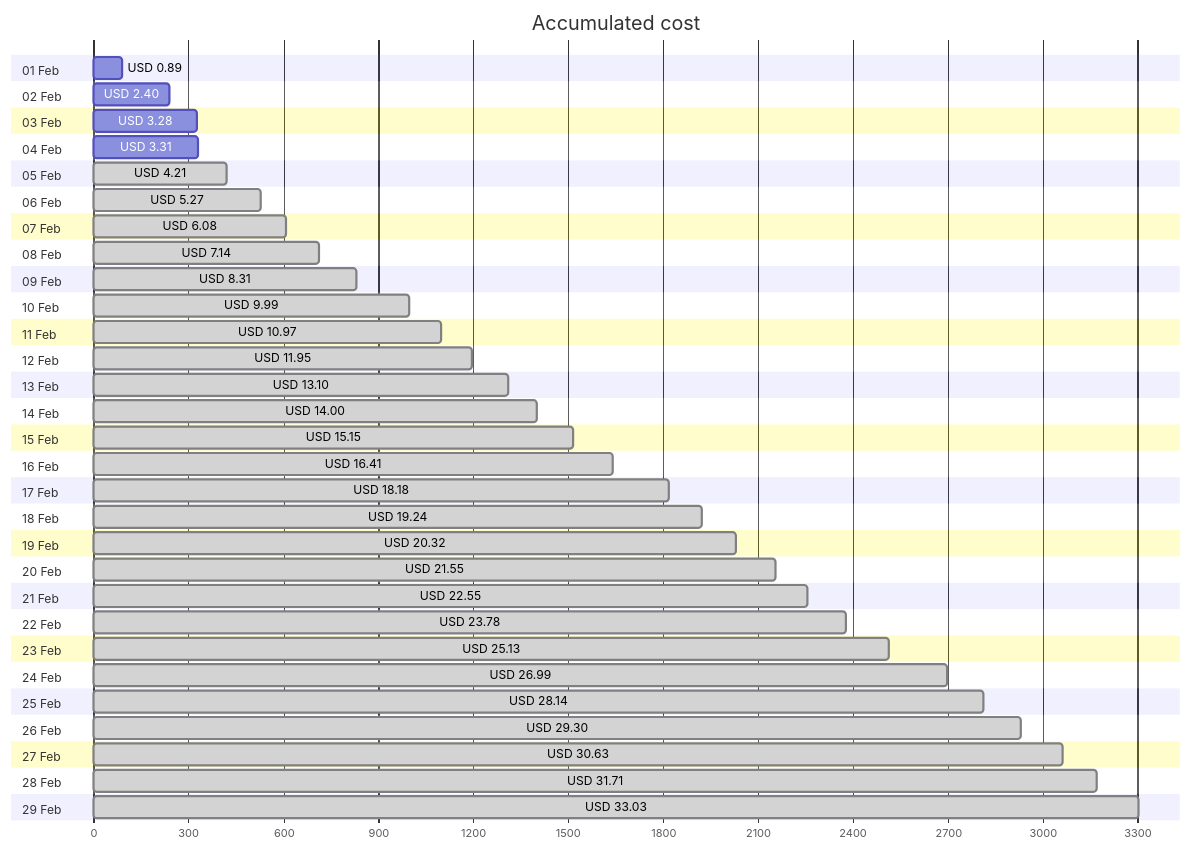
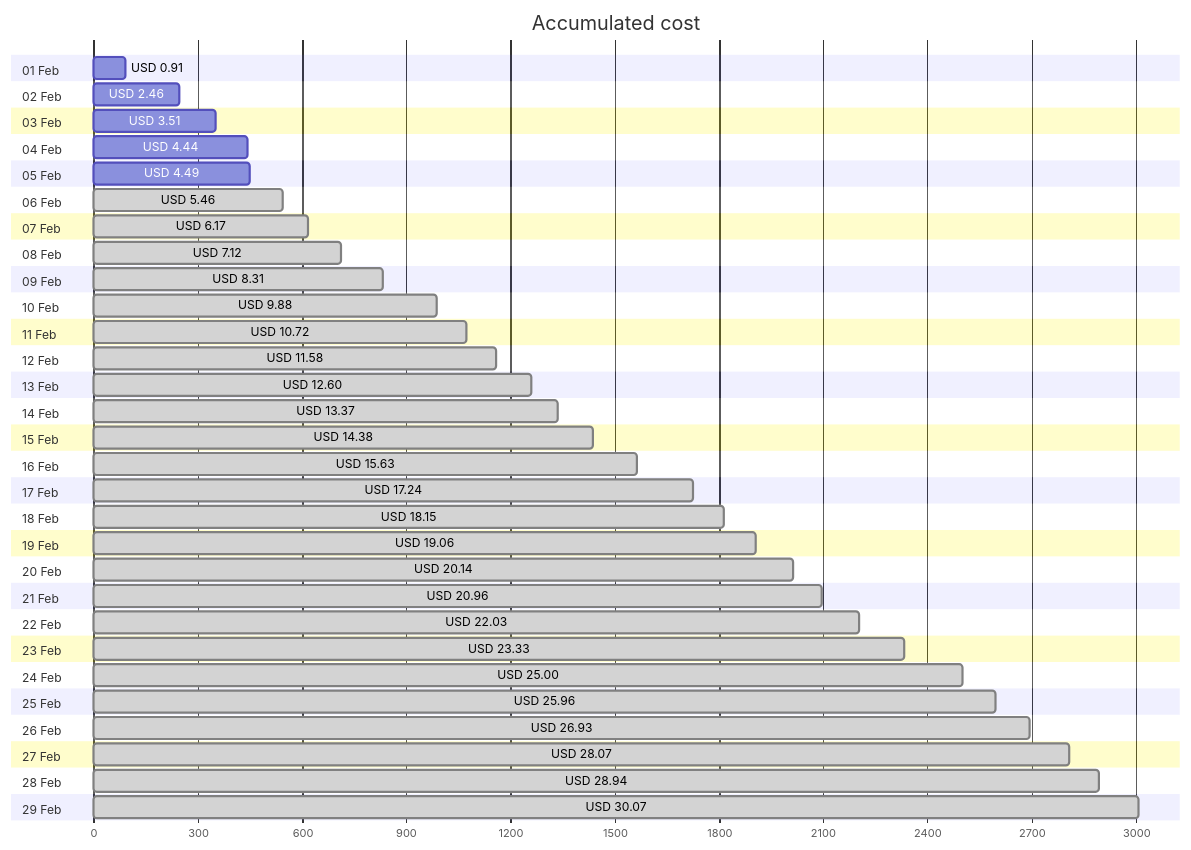
Before and after one commit to jpfulton/azure-personal-reports: the first of 4 diagrams in cost-reports/personal-network/vpn-server.md, drawn with Mermaid. The commit also changed other lines of this file and 8 other files, not shown here.

````diff
--- a/cost-reports/personal-network/vpn-server.md
+++ b/cost-reports/personal-network/vpn-server.md
@@ -20,64 +20,64 @@
 ```mermaid
 gantt
    title Accumulated cost
    dateFormat  X
    axisFormat %s
    section 01 Feb
-   USD 0.89 :0, 89
+   USD 0.91 :0, 91
    section 02 Feb
-   USD 2.40 :0, 240
+   USD 2.46 :0, 246
    section 03 Feb
-   USD 3.28 :0, 328
+   USD 3.51 :0, 351
    section 04 Feb
-   USD 3.31 :0, 331
+   USD 4.44 :0, 444
    section 05 Feb
-   USD 4.21 : done, 0, 421
+   USD 4.49 :0, 449
    section 06 Feb
-   USD 5.27 : done, 0, 527
+   USD 5.46 : done, 0, 546
    section 07 Feb
-   USD 6.08 : done, 0, 608
+   USD 6.17 : done, 0, 617
    section 08 Feb
-   USD 7.14 : done, 0, 714
+   USD 7.12 : done, 0, 712
    section 09 Feb
    USD 8.31 : done, 0, 831
    section 10 Feb
-   USD 9.99 : done, 0, 999
+   USD 9.88 : done, 0, 988
    section 11 Feb
-   USD 10.97 : done, 0, 1097
+   USD 10.72 : done, 0, 1072
    section 12 Feb
-   USD 11.95 : done, 0, 1195
+   USD 11.58 : done, 0, 1158
    section 13 Feb
-   USD 13.10 : done, 0, 1310
+   USD 12.60 : done, 0, 1260
    section 14 Feb
-   USD 14.00 : done, 0, 1400
+   USD 13.37 : done, 0, 1337
    section 15 Feb
-   USD 15.15 : done, 0, 1515
+   USD 14.38 : done, 0, 1438
    section 16 Feb
-   USD 16.41 : done, 0, 1641
+   USD 15.63 : done, 0, 1563
    section 17 Feb
-   USD 18.18 : done, 0, 1818
+   USD 17.24 : done, 0, 1724
    section 18 Feb
-   USD 19.24 : done, 0, 1924
+   USD 18.15 : done, 0, 1815
    section 19 Feb
-   USD 20.32 : done, 0, 2032
+   USD 19.06 : done, 0, 1906
    section 20 Feb
-   USD 21.55 : done, 0, 2155
+   USD 20.14 : done, 0, 2014
    section 21 Feb
-   USD 22.55 : done, 0, 2255
+   USD 20.96 : done, 0, 2096
    section 22 Feb
-   USD 23.78 : done, 0, 2378
+   USD 22.03 : done, 0, 2203
    section 23 Feb
-   USD 25.13 : done, 0, 2513
+   USD 23.33 : done, 0, 2333
    section 24 Feb
-   USD 26.99 : done, 0, 2699
+   USD 25.00 : done, 0, 2500
    section 25 Feb
-   USD 28.14 : done, 0, 2814
+   USD 25.96 : done, 0, 2596
    section 26 Feb
-   USD 29.30 : done, 0, 2930
+   USD 26.93 : done, 0, 2693
    section 27 Feb
-   USD 30.63 : done, 0, 3063
+   USD 28.07 : done, 0, 2807
    section 28 Feb
-   USD 31.71 : done, 0, 3171
+   USD 28.94 : done, 0, 2894
    section 29 Feb
-   USD 33.03 : done, 0, 3303
+   USD 30.07 : done, 0, 3007
 ```
````
